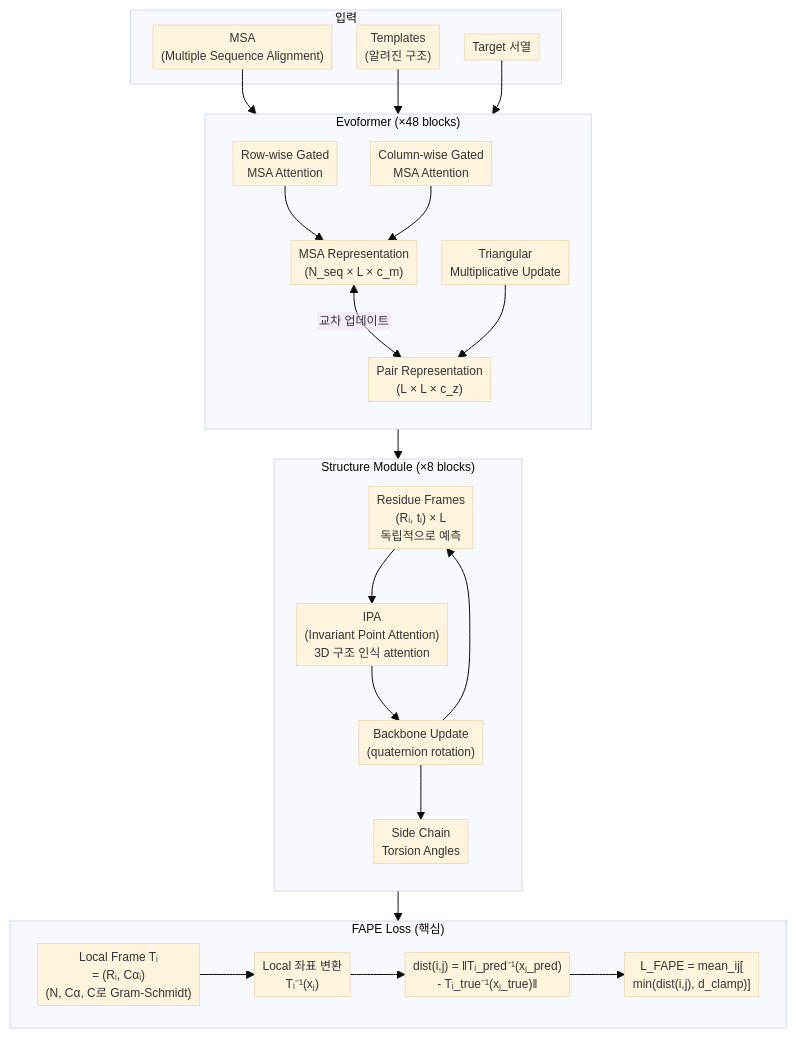
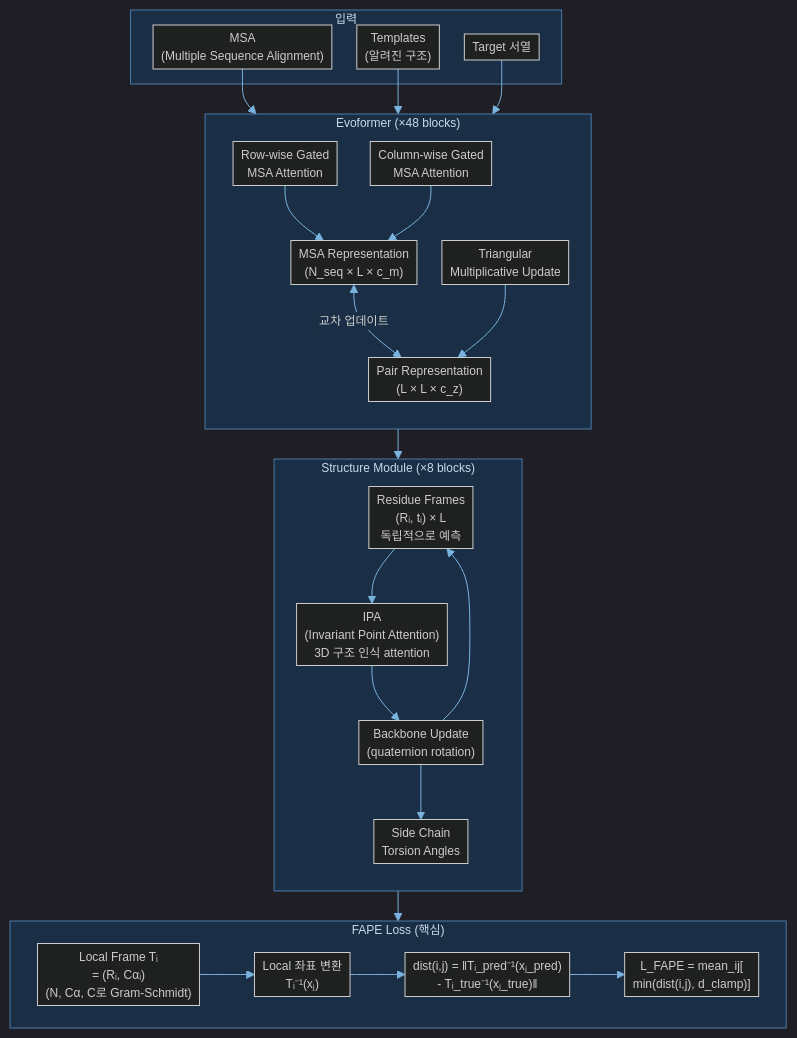
One commit to rlaalswhd199/PARA-vault changed the diagram in 1_Projects/Crypticflow/Reading_Notes/Paper_Jumper21_AlphaFold2.md. Above: the diagram before and after it, drawn with Mermaid. The commit also changed other lines of this file and 32 other files, not shown here.

````diff
--- a/1_Projects/Crypticflow/Reading_Notes/Paper_Jumper21_AlphaFold2.md
+++ b/1_Projects/Crypticflow/Reading_Notes/Paper_Jumper21_AlphaFold2.md
@@ -24,44 +19,44 @@
 ```mermaid
-%%{init: {'theme':'base', 'flowchart': {'htmlLabels': false, 'curve': 'basis', 'nodeSpacing': 25, 'rankSpacing': 30, 'padding': 4, 'useMaxWidth': true}, 'themeVariables': {'fontSize': '12px'}}}%%
+%%{init: {'theme':'dark', 'flowchart': {'htmlLabels': true, 'curve': 'basis', 'nodeSpacing': 25, 'rankSpacing': 30, 'padding': 4, 'useMaxWidth': true}, 'themeVariables': {'fontSize': '12px', 'primaryColor': '#2d4a6e', 'primaryTextColor': '#e8eaf0', 'primaryBorderColor': '#5a8abf', 'lineColor': '#7ab3e0', 'secondaryColor': '#1e3a5a', 'tertiaryColor': '#162840', 'clusterBkg': '#1a2f45', 'clusterBorder': '#4a7aaa', 'titleColor': '#c8d8f0', 'edgeLabelBackground': '#1a2f45', 'nodeTextColor': '#e8eaf0'}}}%%
 flowchart TB
     subgraph INPUT3["입력"]
-        MSA["MSA\n(Multiple Sequence Alignment)"]
-        TMPL["Templates\n(알려진 구조)"]
+        MSA["MSA<br/>(Multiple Sequence Alignment)"]
+        TMPL["Templates<br/>(알려진 구조)"]
         SEQ3["Target 서열"]
     end
 
     subgraph EVOFORMER["Evoformer (×48 blocks)"]
         direction TB
-        MSA_TRACK["MSA Representation\n(N_seq × L × c_m)"]
-        PAIR_TRACK["Pair Representation\n(L × L × c_z)"]
-        ROW_ATT["Row-wise Gated\nMSA Attention"]
-        COL_ATT["Column-wise Gated\nMSA Attention"]
-        TRI_UPD["Triangular\nMultiplicative Update"]
+        MSA_TRACK["MSA Representation<br/>(N_seq × L × c_m)"]
+        PAIR_TRACK["Pair Representation<br/>(L × L × c_z)"]
+        ROW_ATT["Row-wise Gated<br/>MSA Attention"]
+        COL_ATT["Column-wise Gated<br/>MSA Attention"]
+        TRI_UPD["Triangular<br/>Multiplicative Update"]
         MSA_TRACK <-->|"교차 업데이트"| PAIR_TRACK
         ROW_ATT & COL_ATT --> MSA_TRACK
         TRI_UPD --> PAIR_TRACK
     end
 
     subgraph STRUCT_MOD["Structure Module (×8 blocks)"]
         direction TB
-        FRAMES["Residue Frames\n(Rᵢ, tᵢ) × L\n독립적으로 예측"]
-        IPA4["IPA\n(Invariant Point Attention)\n3D 구조 인식 attention"]
-        BB_UPD["Backbone Update\n(quaternion rotation)"]
-        SC["Side Chain\nTorsion Angles"]
+        FRAMES["Residue Frames<br/>(Rᵢ, tᵢ) × L<br/>독립적으로 예측"]
+        IPA4["IPA<br/>(Invariant Point Attention)<br/>3D 구조 인식 attention"]
+        BB_UPD["Backbone Update<br/>(quaternion rotation)"]
+        SC["Side Chain<br/>Torsion Angles"]
         FRAMES --> IPA4 --> BB_UPD --> FRAMES
         BB_UPD --> SC
     end
 
     subgraph FAPE_LOSS["FAPE Loss (핵심)"]
         direction LR
-        FRAME_DEF["Local Frame Tᵢ\n= (Rᵢ, Cαᵢ)\n(N, Cα, C로 Gram-Schmidt)"]
-        LOCAL_COORD["Local 좌표 변환\nTᵢ⁻¹(xⱼ)"]
-        DIST["dist(i,j) = ‖Tᵢ_pred⁻¹(xⱼ_pred)\n         - Tᵢ_true⁻¹(xⱼ_true)‖"]
-        FAPE_FINAL["L_FAPE = mean_ij[\nmin(dist(i,j), d_clamp)]"]
+        FRAME_DEF["Local Frame Tᵢ<br/>= (Rᵢ, Cαᵢ)<br/>(N, Cα, C로 Gram-Schmidt)"]
+        LOCAL_COORD["Local 좌표 변환<br/>Tᵢ⁻¹(xⱼ)"]
+        DIST["dist(i,j) = ‖Tᵢ_pred⁻¹(xⱼ_pred)<br/>         - Tᵢ_true⁻¹(xⱼ_true)‖"]
+        FAPE_FINAL["L_FAPE = mean_ij[<br/>min(dist(i,j), d_clamp)]"]
         FRAME_DEF --> LOCAL_COORD --> DIST --> FAPE_FINAL
     end
 
     MSA & TMPL & SEQ3 --> EVOFORMER
     EVOFORMER --> STRUCT_MOD
     STRUCT_MOD --> FAPE_LOSS
 ```
````
